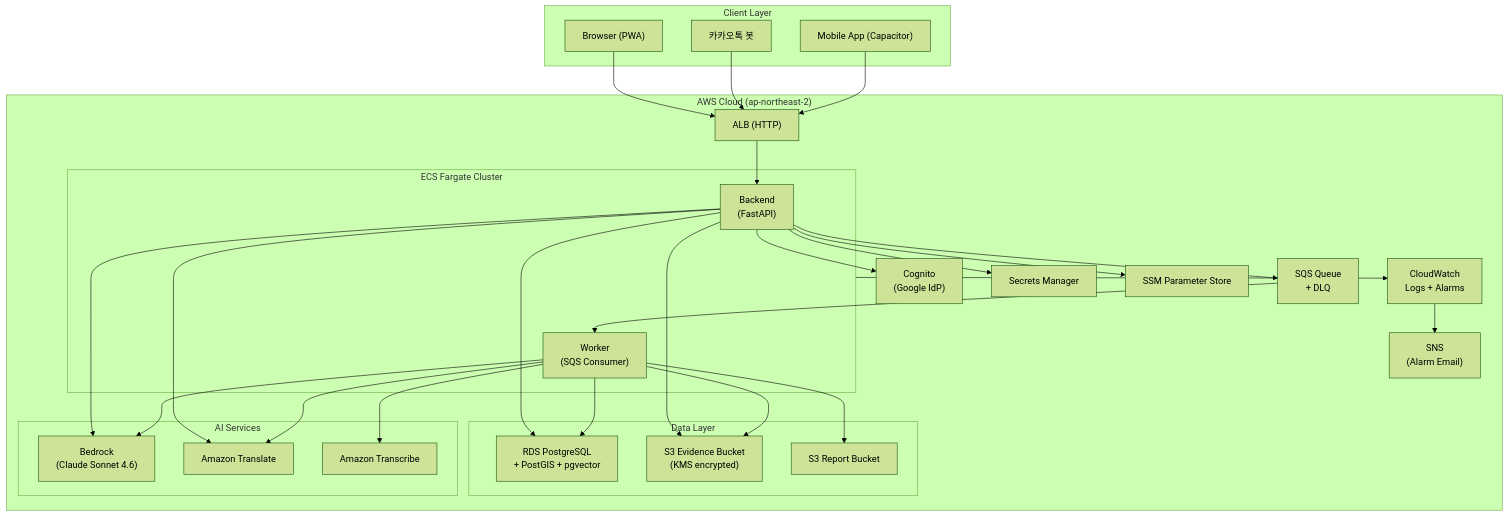
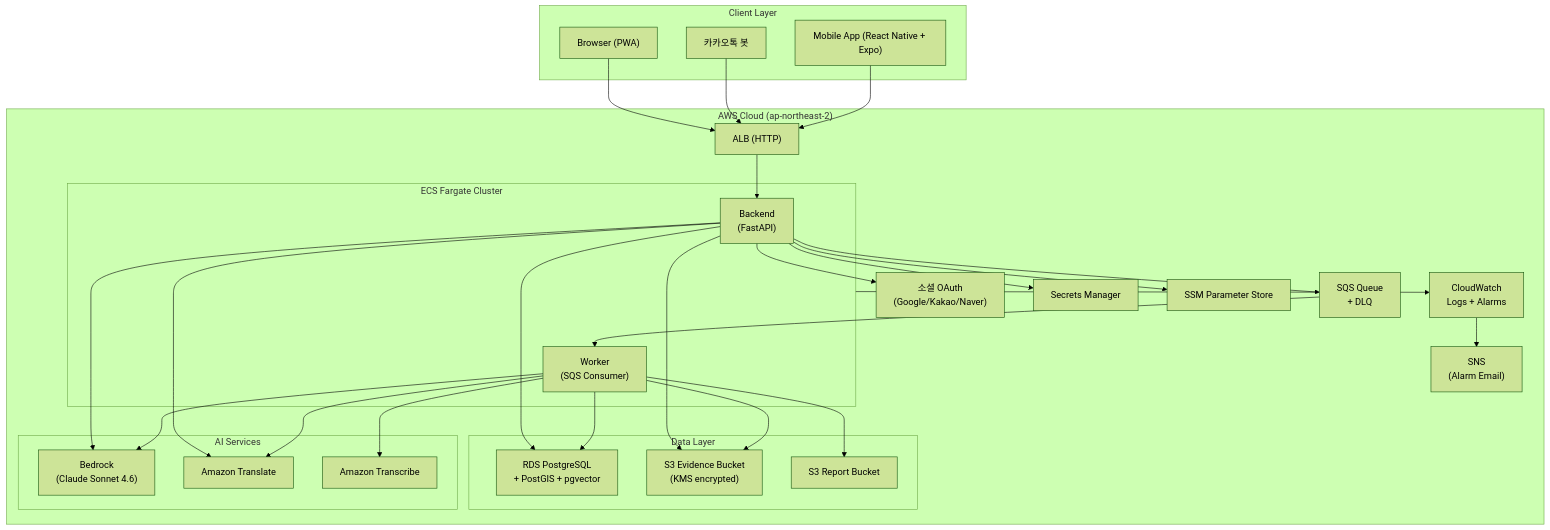
The first of 2 diagrams in aidlc-docs/inception/reverse-engineering/architecture.md (AWS13th-Final-Project-BADA/BADA), drawn with Mermaid (forest theme) before and after one commit. The commit also changed other lines of this file and 6 other files, not shown here.

Commit message:
docs: 실제 구현에 맞춰 인증(소셜 OAuth)·모바일(RN+Expo)·모바일 빌드 트리거 문서 동기화

````diff
--- a/aidlc-docs/inception/reverse-engineering/architecture.md
+++ b/aidlc-docs/inception/reverse-engineering/architecture.md
@@ -9,61 +9,61 @@
 ```mermaid
 flowchart TB
     subgraph Client["Client Layer"]
         Browser["Browser (PWA)"]
         KakaoBot["카카오톡 봇"]
-        Mobile["Mobile App (Capacitor)"]
+        Mobile["Mobile App (React Native + Expo)"]
     end
 
     subgraph AWS["AWS Cloud (ap-northeast-2)"]
         ALB["ALB (HTTP)"]
 
         subgraph ECS["ECS Fargate Cluster"]
             Backend["Backend\n(FastAPI)"]
             Worker["Worker\n(SQS Consumer)"]
         end
 
         subgraph Data["Data Layer"]
             RDS["RDS PostgreSQL\n+ PostGIS + pgvector"]
             S3Ev["S3 Evidence Bucket\n(KMS encrypted)"]
             S3Rp["S3 Report Bucket"]
         end
 
         SQS["SQS Queue\n+ DLQ"]
-        Cognito["Cognito\n(Google IdP)"]
+        SocialAuth["소셜 OAuth\n(Google/Kakao/Naver)"]
         SM["Secrets Manager"]
         SSM["SSM Parameter Store"]
         CW["CloudWatch\nLogs + Alarms"]
         SNS["SNS\n(Alarm Email)"]
 
         subgraph AI["AI Services"]
             Bedrock["Bedrock\n(Claude Sonnet 4.6)"]
             Translate["Amazon Translate"]
             Transcribe["Amazon Transcribe"]
         end
     end
 
     Browser --> ALB
     KakaoBot --> ALB
     Mobile --> ALB
     ALB --> Backend
 
     Backend --> RDS
     Backend --> S3Ev
     Backend --> SQS
-    Backend --> Cognito
+    Backend --> SocialAuth
     Backend --> Bedrock
     Backend --> Translate
     Backend --> SM
     Backend --> SSM
 
     SQS --> Worker
     Worker --> RDS
     Worker --> S3Ev
     Worker --> S3Rp
     Worker --> Bedrock
     Worker --> Translate
     Worker --> Transcribe
 
     ECS --> CW
     CW --> SNS
 ```
````
